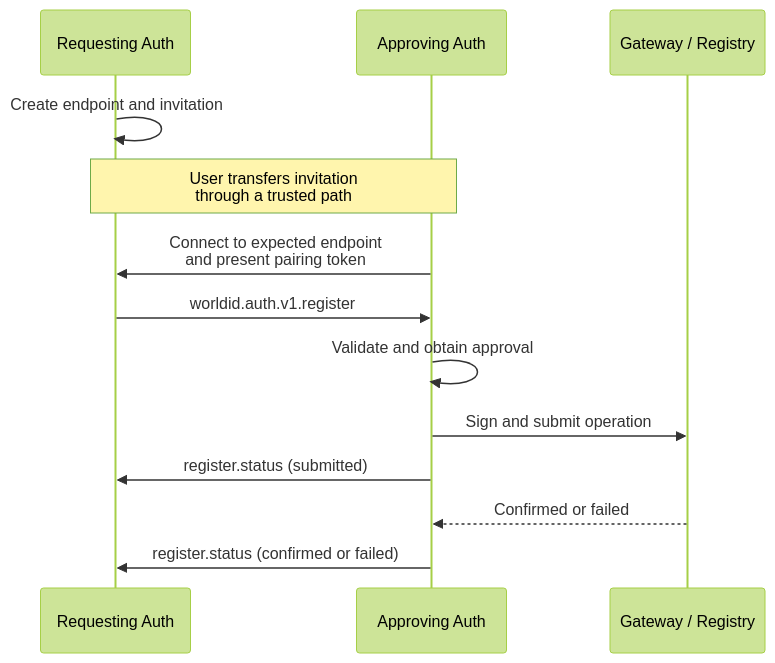
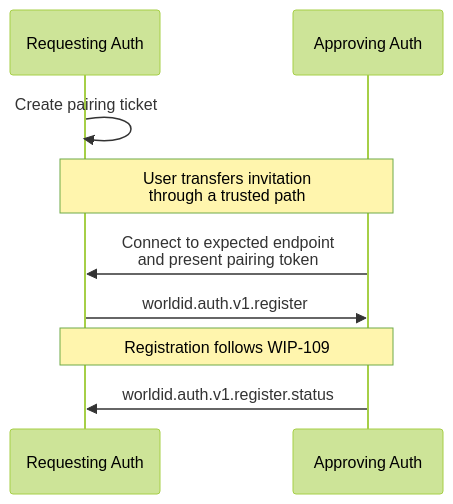
The diagram in docs/WIPs/wip-112.md (worldcoin/world-id-protocol), drawn with Mermaid (forest theme) before and after one commit. The commit also changed other lines of this file, not shown here.

````diff
--- a/docs/WIPs/wip-112.md
+++ b/docs/WIPs/wip-112.md
@@ -31,16 +31,12 @@
 ```mermaid
 sequenceDiagram
     participant r as Requesting Auth
     participant a as Approving Auth
-    participant g as Gateway / Registry
 
-    r->>r: Create endpoint and invitation
+    r->>r: Create pairing ticket
     Note over r,a: User transfers invitation<br/>through a trusted path
     a->>r: Connect to expected endpoint<br/>and present pairing token
     r->>a: worldid.auth.v1.register
-    a->>a: Validate and obtain approval
-    a->>g: Sign and submit operation
-    a->>r: register.status (submitted)
-    g-->>a: Confirmed or failed
-    a->>r: register.status (confirmed or failed)
+    Note over r,a: Registration follows WIP-109
+    a->>r: worldid.auth.v1.register.status
 ```
````
